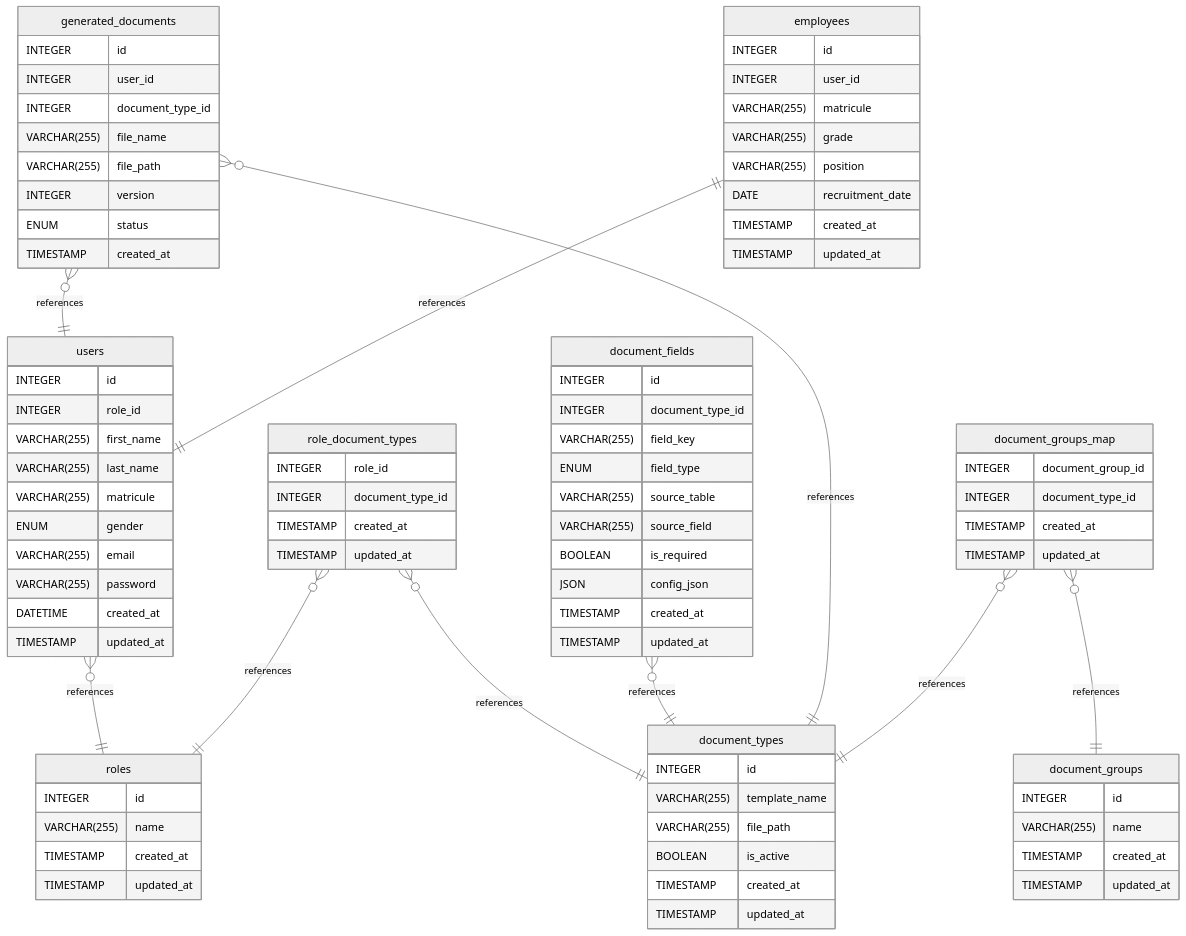
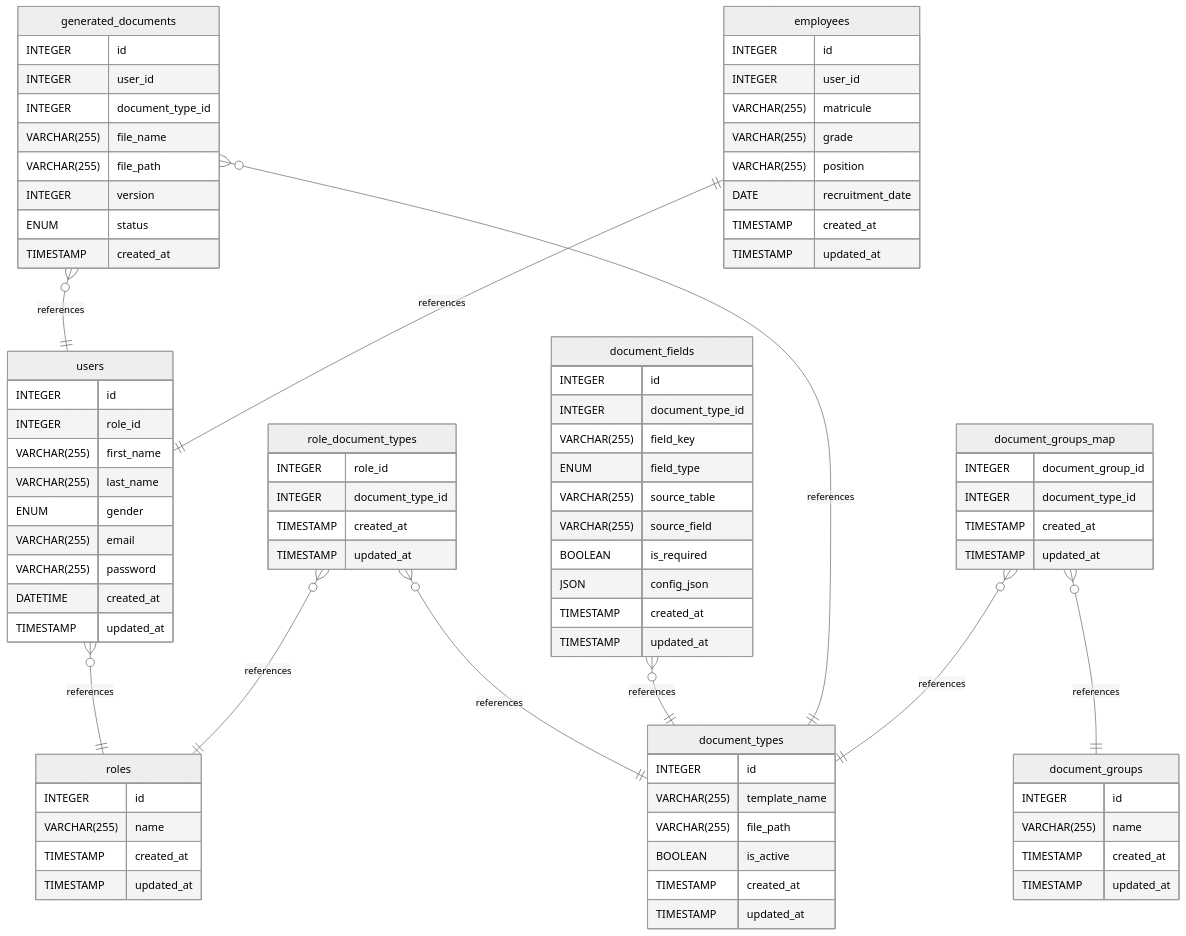
The diagram in backend/database/README.md (nzrrs/CMC-DMS), drawn with Mermaid (neutral theme) before and after one commit. The commit also changed other lines of this file, not shown here.

```diff
--- a/backend/database/README.md
+++ b/backend/database/README.md
@@ -339,7 +337,6 @@
         INTEGER role_id
         VARCHAR(255) first_name
         VARCHAR(255) last_name
-        VARCHAR(255) matricule
         ENUM gender
         VARCHAR(255) email
         VARCHAR(255) password
```
